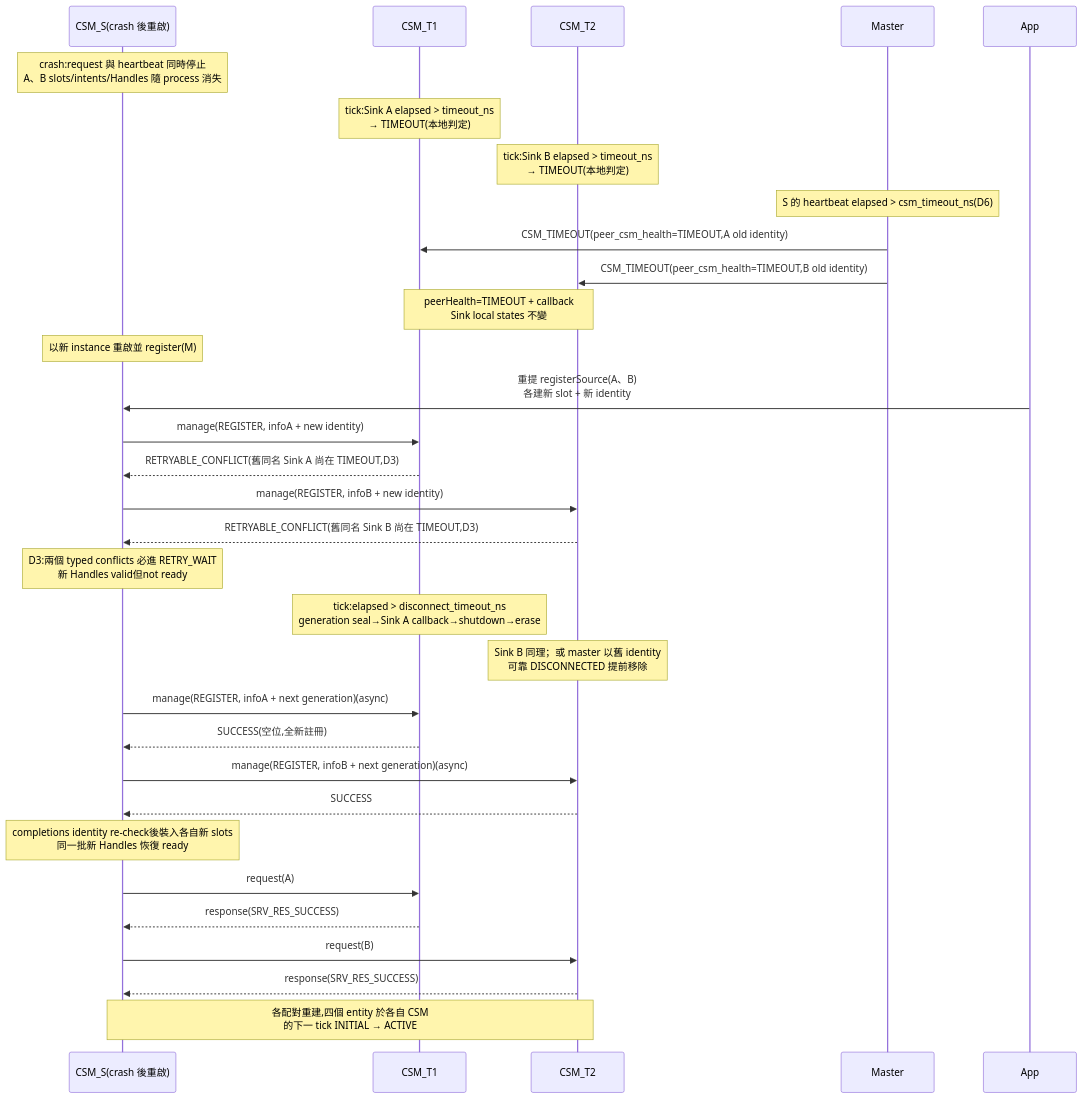
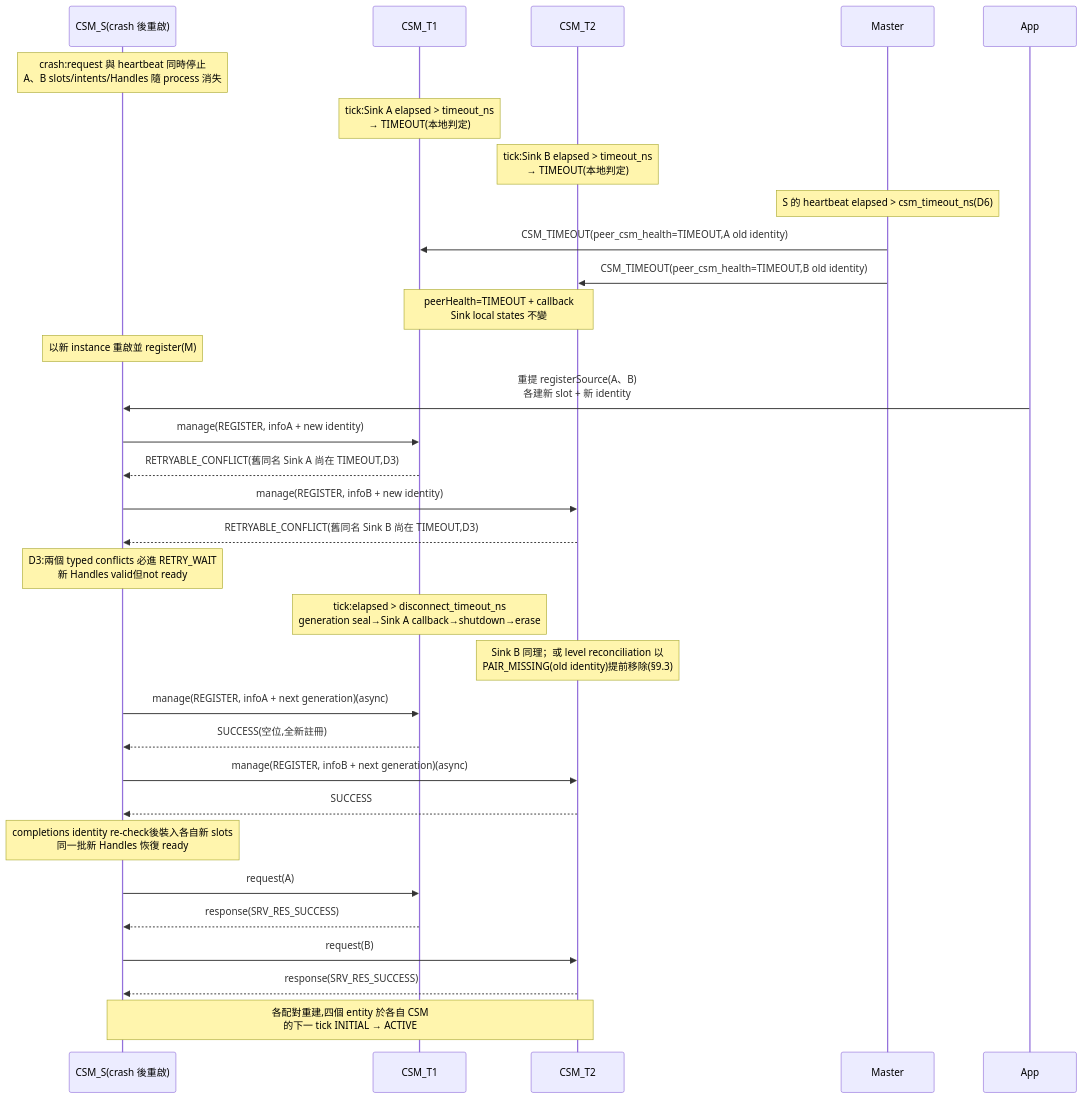
One commit to cocobird231/rv2_project changed diagram 35 of 43 in r1_design_draft.md. Above: the diagram before and after it, drawn with Mermaid. The commit also changed other lines of this file, not shown here.

First line of the commit message:
doc: R1 CST design v1.2.1 — final architecture audit fixes

````diff
--- a/r1_design_draft.md
+++ b/r1_design_draft.md
@@ -3442,36 +3504,36 @@
 ```mermaid
 sequenceDiagram
     participant S as CSM_S(crash 後重啟)
     participant T1 as CSM_T1
     participant T2 as CSM_T2
     participant M as Master
 
     Note over S: crash:request 與 heartbeat 同時停止<br/>A、B slots/intents/Handles 隨 process 消失
     Note over T1: tick:Sink A elapsed > timeout_ns<br/>→ TIMEOUT(本地判定)
     Note over T2: tick:Sink B elapsed > timeout_ns<br/>→ TIMEOUT(本地判定)
     Note over M: S 的 heartbeat elapsed > csm_timeout_ns(D6)
     M->>T1: CSM_TIMEOUT(peer_csm_health=TIMEOUT,A old identity)
     M->>T2: CSM_TIMEOUT(peer_csm_health=TIMEOUT,B old identity)
     Note over T1,T2: peerHealth=TIMEOUT + callback<br/>Sink local states 不變
 
     Note over S: 以新 instance 重啟並 register(M)
     App->>S: 重提 registerSource(A、B)<br/>各建新 slot + 新 identity
     S->>T1: manage(REGISTER, infoA + new identity)
     T1-->>S: RETRYABLE_CONFLICT(舊同名 Sink A 尚在 TIMEOUT,D3)
     S->>T2: manage(REGISTER, infoB + new identity)
     T2-->>S: RETRYABLE_CONFLICT(舊同名 Sink B 尚在 TIMEOUT,D3)
     Note over S: D3:兩個 typed conflicts 必進 RETRY_WAIT<br/>新 Handles valid但not ready
 
     Note over T1: tick:elapsed > disconnect_timeout_ns<br/>generation seal→Sink A callback→shutdown→erase
-    Note over T2: Sink B 同理；或 master 以舊 identity<br/>可靠 DISCONNECTED 提前移除
+    Note over T2: Sink B 同理；或 level reconciliation 以<br/>PAIR_MISSING(old identity)提前移除(§9.3)
     S->>T1: manage(REGISTER, infoA + next generation)(async)
     T1-->>S: SUCCESS(空位,全新註冊)
     S->>T2: manage(REGISTER, infoB + next generation)(async)
     T2-->>S: SUCCESS
     Note over S: completions identity re-check後裝入各自新 slots<br/>同一批新 Handles 恢復 ready
     S->>T1: request(A)
     T1-->>S: response(SRV_RES_SUCCESS)
     S->>T2: request(B)
     T2-->>S: response(SRV_RES_SUCCESS)
     Note over S,T2: 各配對重建,四個 entity 於各自 CSM<br/>的下一 tick INITIAL → ACTIVE
 ```
````
